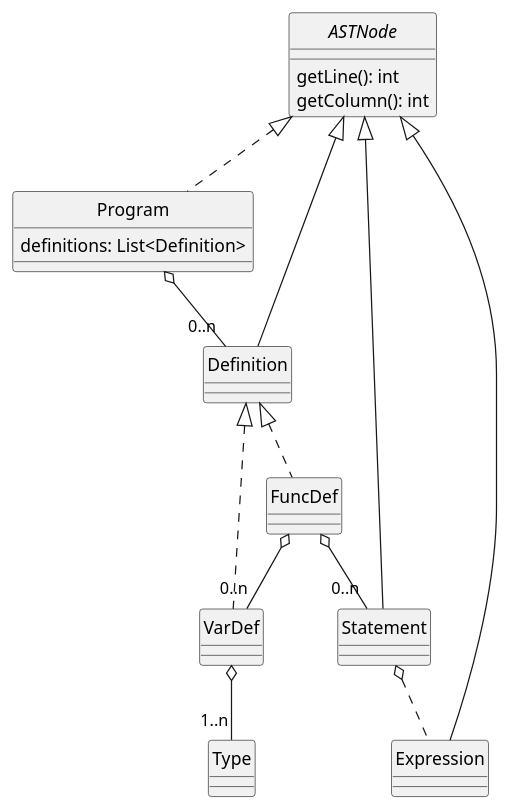
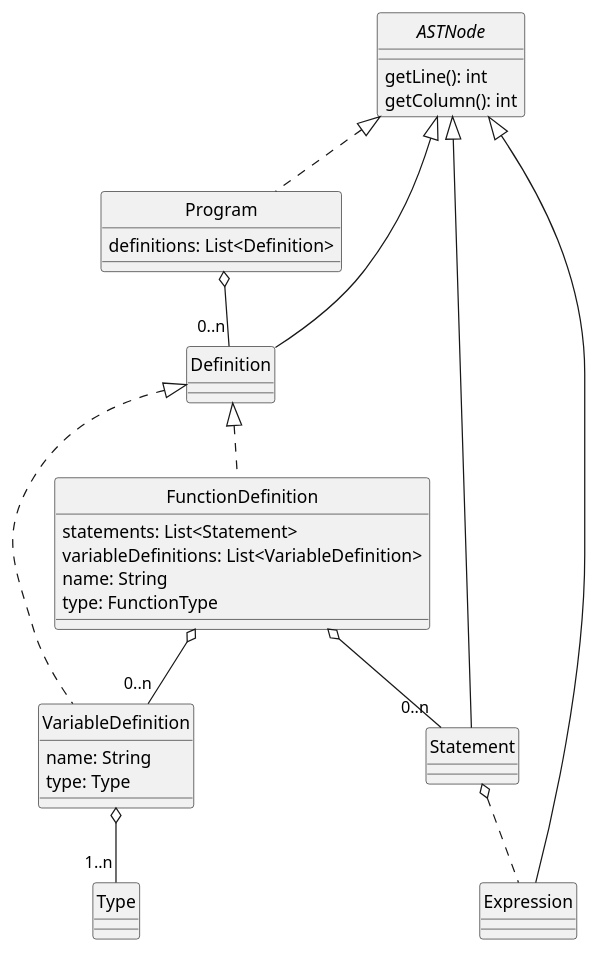
The diagram in docs/diagrams/program.plantuml (uo271288/dlp-compiler), drawn with PlantUML before and after one commit. The commit also changed 36 other files, not shown here.

Commit message:
Diagrams updated and classes created

```diff
--- a/docs/diagrams/program.plantuml
+++ b/docs/diagrams/program.plantuml
@@ -1,39 +1,47 @@
 @startuml Program
 skinparam style strictuml
 skinparam monochrome true
 
 
 interface ASTNode {
     getLine(): int
     getColumn(): int
 }
 
 class Program {
     definitions: List<Definition>
 }
 
 class Statement
 
 class Expression
 
 class Definition
 
-class VarDef
+class VariableDefinition {
+    name: String
+    type: Type
+}
 
-class FuncDef
+class FunctionDefinition {
+    statements: List<Statement>
+    variableDefinitions: List<VariableDefinition>
+    name: String
+    type: FunctionType
+}
 
 class Type
 
 ASTNode <|.. Program
 ASTNode <|-- Statement
 ASTNode <|-- Expression
 ASTNode <|-- Definition
 Program o-- "0..n" Definition
 Statement o.. Expression
-Definition <|.. VarDef
-Definition <|.. FuncDef
-FuncDef o-- "0..n" Statement
-FuncDef o-- "0..n" VarDef
-VarDef o-- "1..n" Type
+Definition <|.. VariableDefinition
+Definition <|.. FunctionDefinition
+FunctionDefinition o-- "0..n" Statement
+FunctionDefinition o-- "0..n" VariableDefinition
+VariableDefinition o-- "1..n" Type
 
 @enduml
```
